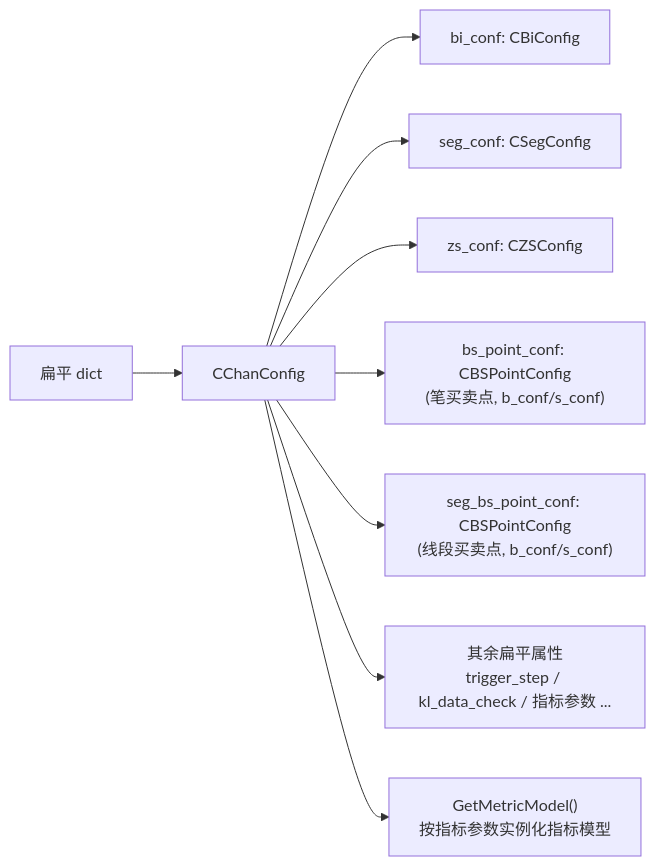
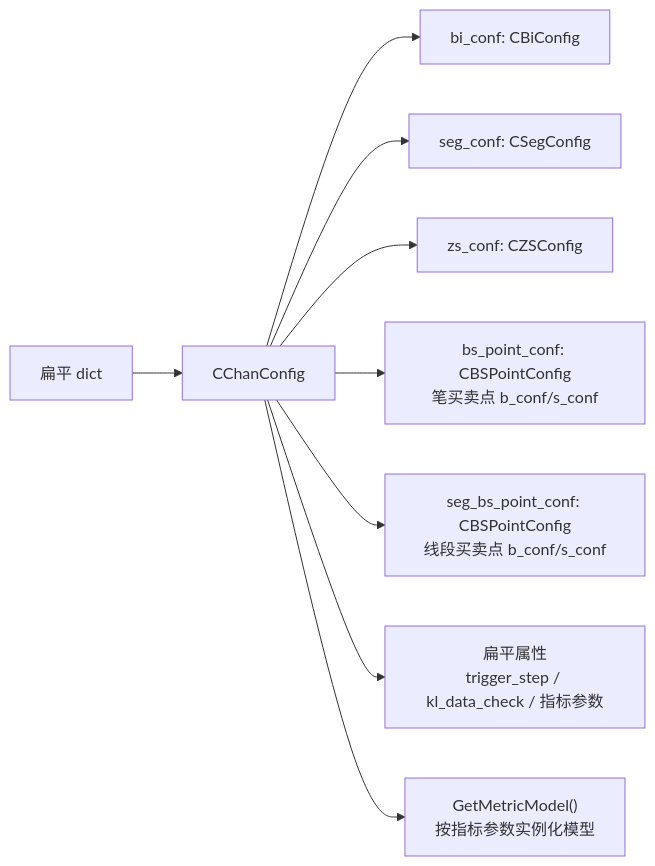
The diagram in CodeWiki/07-配置体系.md (skydooms/chan.py), drawn with Mermaid before and after one commit. The commit also changed other lines of this file and 12 other files, not shown here.

````diff
--- a/CodeWiki/07-配置体系.md
+++ b/CodeWiki/07-配置体系.md
@@ -17,11 +17,11 @@
 ```mermaid
 flowchart LR
     D["扁平 dict"] --> CC["CChanConfig"]
     CC --> BC["bi_conf: CBiConfig"]
     CC --> SC["seg_conf: CSegConfig"]
     CC --> ZC["zs_conf: CZSConfig"]
-    CC --> BP["bs_point_conf: CBSPointConfig<br/>(笔买卖点, b_conf/s_conf)"]
-    CC --> SBP["seg_bs_point_conf: CBSPointConfig<br/>(线段买卖点, b_conf/s_conf)"]
-    CC --> FLAT["其余扁平属性<br/>trigger_step / kl_data_check / 指标参数 ..."]
-    CC --> MM["GetMetricModel()<br/>按指标参数实例化指标模型"]
+    CC --> BP["bs_point_conf: CBSPointConfig<br/>笔买卖点 b_conf/s_conf"]
+    CC --> SBP["seg_bs_point_conf: CBSPointConfig<br/>线段买卖点 b_conf/s_conf"]
+    CC --> FLAT["扁平属性<br/>trigger_step / kl_data_check / 指标参数"]
+    CC --> MM["GetMetricModel()<br/>按指标参数实例化模型"]
 ```
````
